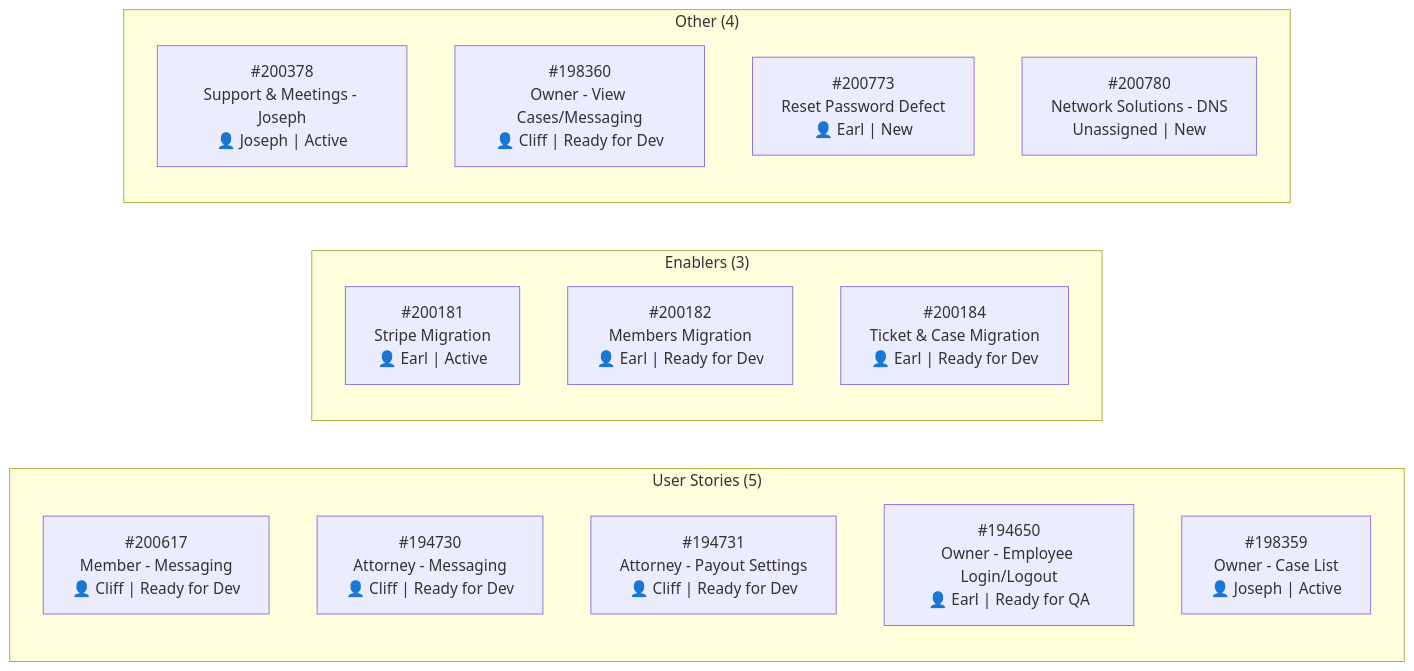
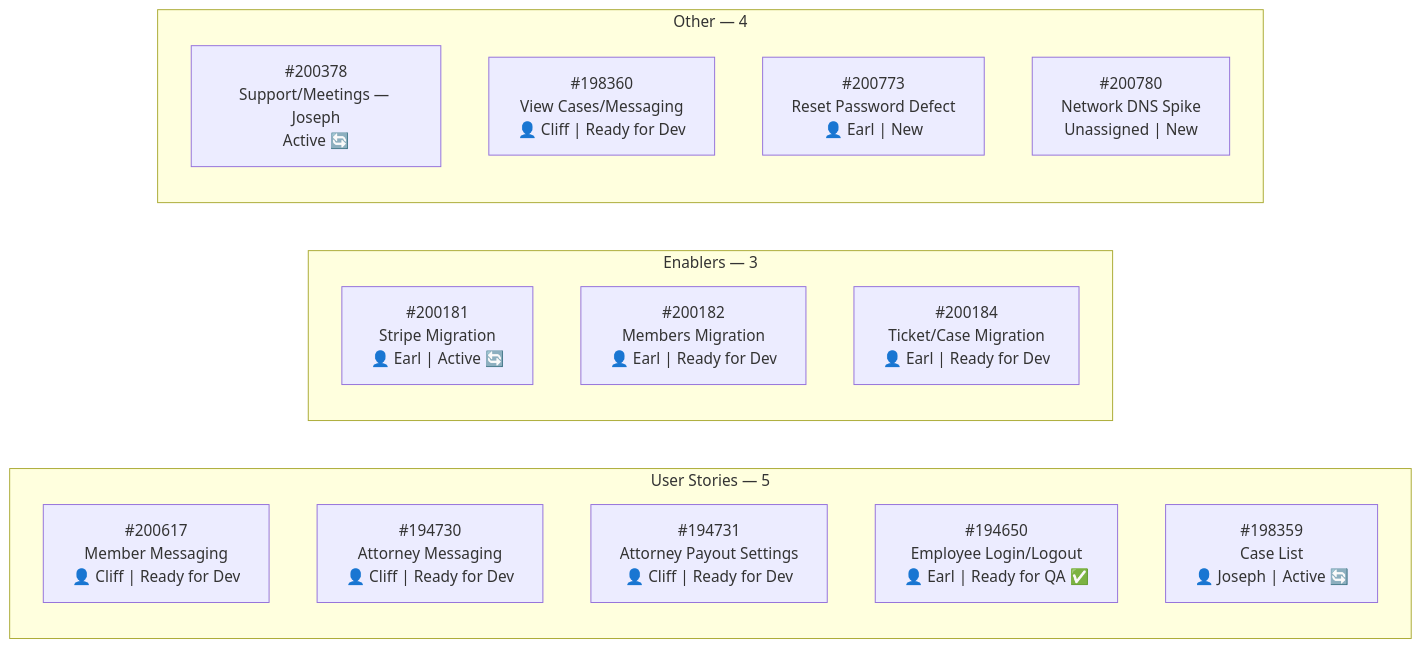
One commit to jairosoft-com/iteration_audi changed the second of 13 diagrams in git_aa_dev/audit/AUDIT_2026-03-10_202500.md. Above: the diagram before and after it, drawn with Mermaid. The commit also changed other lines of this file and 3 other files, not shown here.

````diff
--- a/git_aa_dev/audit/AUDIT_2026-03-10_202500.md
+++ b/git_aa_dev/audit/AUDIT_2026-03-10_202500.md
@@ -60,21 +75,21 @@
 ```mermaid
 graph LR
-    subgraph "User Stories (5)"
-        US1["#200617<br/>Member - Messaging<br/>👤 Cliff | Ready for Dev"]
-        US2["#194730<br/>Attorney - Messaging<br/>👤 Cliff | Ready for Dev"]
-        US3["#194731<br/>Attorney - Payout Settings<br/>👤 Cliff | Ready for Dev"]
-        US4["#194650<br/>Owner - Employee Login/Logout<br/>👤 Earl | Ready for QA"]
-        US5["#198359<br/>Owner - Case List<br/>👤 Joseph | Active"]
+    subgraph "User Stories — 5"
+        US1["#200617<br/>Member Messaging<br/>👤 Cliff | Ready for Dev"]
+        US2["#194730<br/>Attorney Messaging<br/>👤 Cliff | Ready for Dev"]
+        US3["#194731<br/>Attorney Payout Settings<br/>👤 Cliff | Ready for Dev"]
+        US4["#194650<br/>Employee Login/Logout<br/>👤 Earl | Ready for QA ✅"]
+        US5["#198359<br/>Case List<br/>👤 Joseph | Active 🔄"]
     end
-    subgraph "Enablers (3)"
-        EN1["#200181<br/>Stripe Migration<br/>👤 Earl | Active"]
+    subgraph "Enablers — 3"
+        EN1["#200181<br/>Stripe Migration<br/>👤 Earl | Active 🔄"]
         EN2["#200182<br/>Members Migration<br/>👤 Earl | Ready for Dev"]
-        EN3["#200184<br/>Ticket & Case Migration<br/>👤 Earl | Ready for Dev"]
+        EN3["#200184<br/>Ticket/Case Migration<br/>👤 Earl | Ready for Dev"]
     end
-    subgraph "Other (4)"
-        SP1["#200378<br/>Support & Meetings - Joseph<br/>👤 Joseph | Active"]
-        US6["#198360<br/>Owner - View Cases/Messaging<br/>👤 Cliff | Ready for Dev"]
+    subgraph "Other — 4"
+        SP1["#200378<br/>Support/Meetings — Joseph<br/>Active 🔄"]
+        US6["#198360<br/>View Cases/Messaging<br/>👤 Cliff | Ready for Dev"]
         DF1["#200773<br/>Reset Password Defect<br/>👤 Earl | New"]
-        SP2["#200780<br/>Network Solutions - DNS<br/>Unassigned | New"]
+        SP2["#200780<br/>Network DNS Spike<br/>Unassigned | New"]
     end
 ```
````
